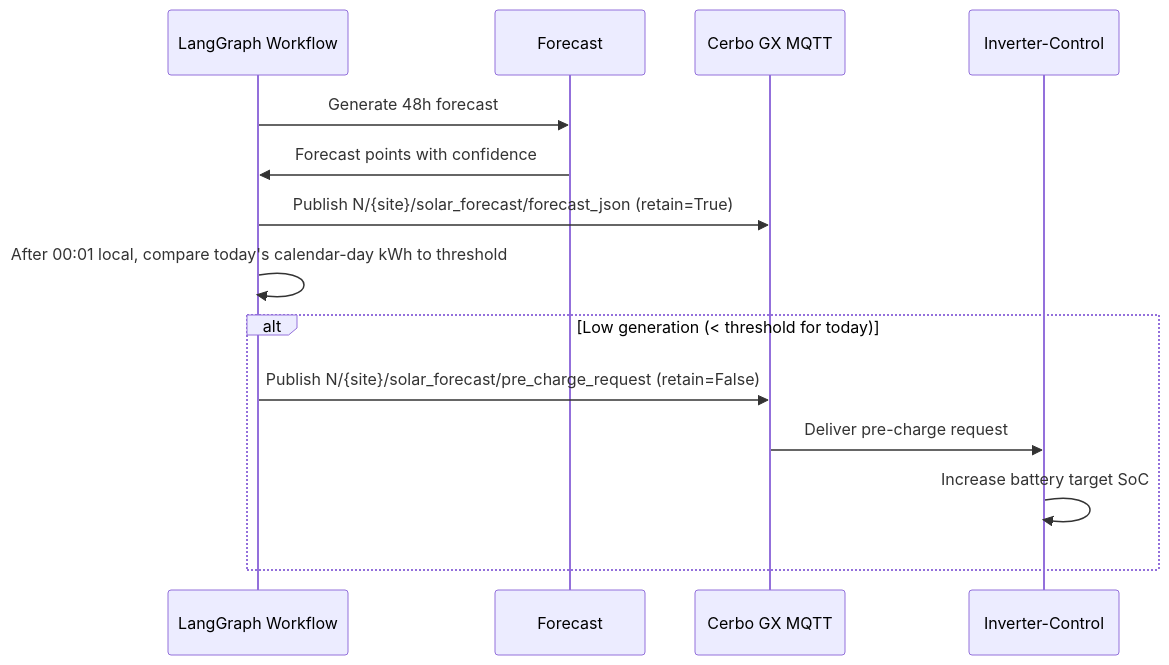
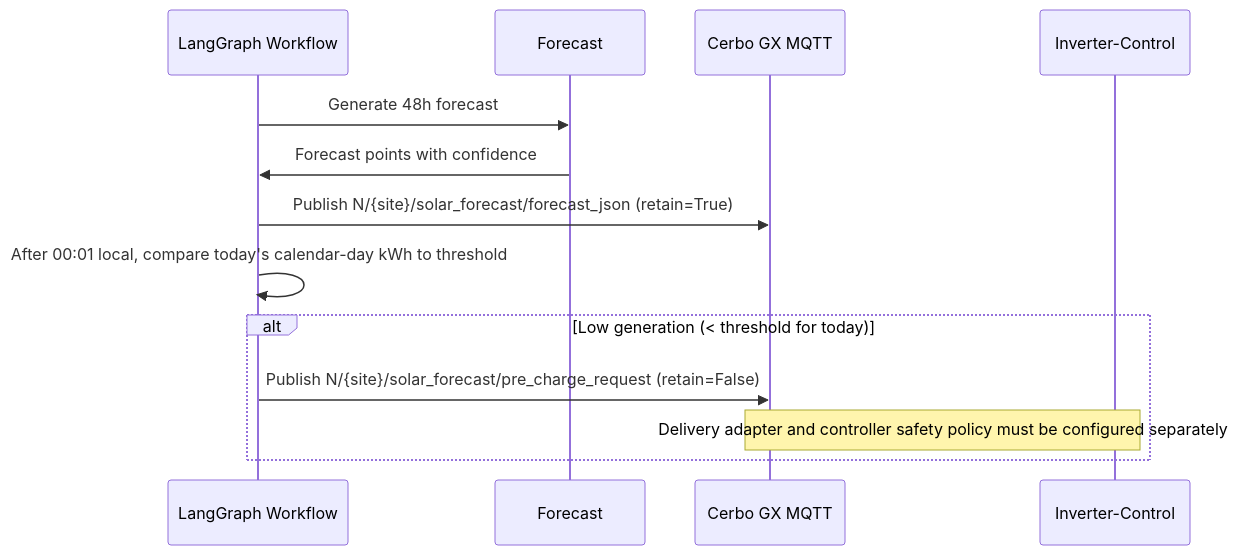
The second of 3 diagrams in README.md (4alvit/solar-forecast-langgraph), drawn with Mermaid before and after one commit. The commit also changed other lines of this file and 2 other files, not shown here.

Commit message:
fix: suppress pre-charge when today's forecast is unavailable (#83)

````diff
--- a/README.md
+++ b/README.md
@@ -178,17 +178,16 @@
 ```mermaid
 sequenceDiagram
     participant WF as LangGraph Workflow
     participant FC as Forecast
     participant CB as Cerbo GX MQTT
     participant IC as Inverter-Control
 
     WF->>FC: Generate 48h forecast
     FC->>WF: Forecast points with confidence
     WF->>CB: Publish N/{site}/solar_forecast/forecast_json (retain=True)
     WF->>WF: After 00:01 local, compare today's calendar-day kWh to threshold
     alt Low generation (< threshold for today)
         WF->>CB: Publish N/{site}/solar_forecast/pre_charge_request (retain=False)
-        CB->>IC: Deliver pre-charge request
-        IC->>IC: Increase battery target SoC
+        Note over CB,IC: Delivery adapter and controller safety policy must be configured separately
     end
 ```
````
